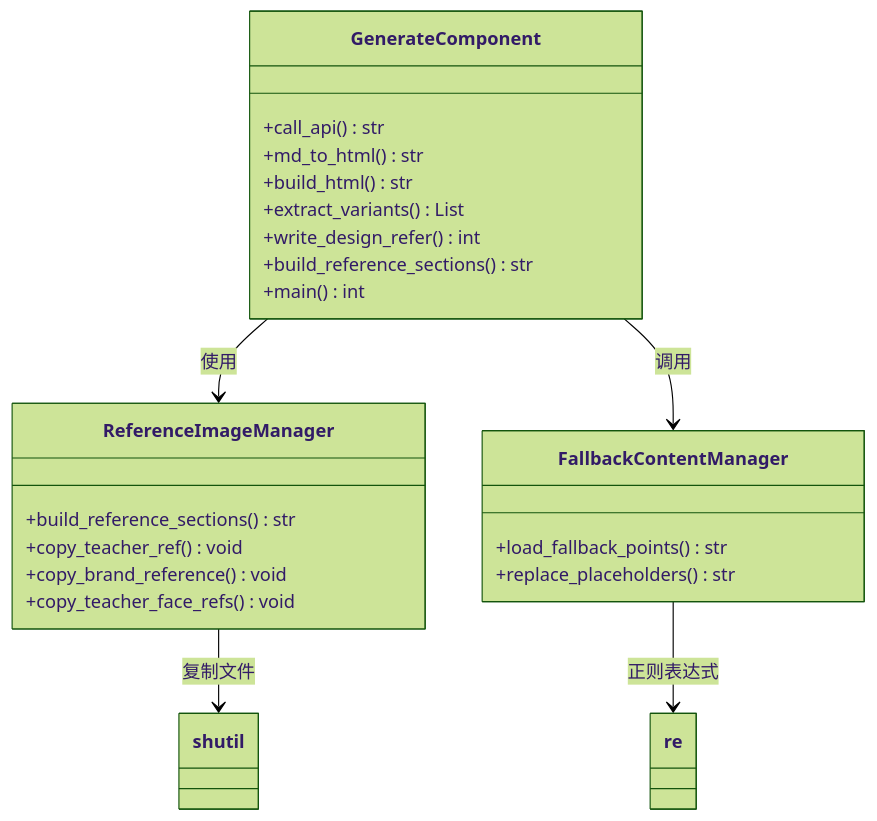
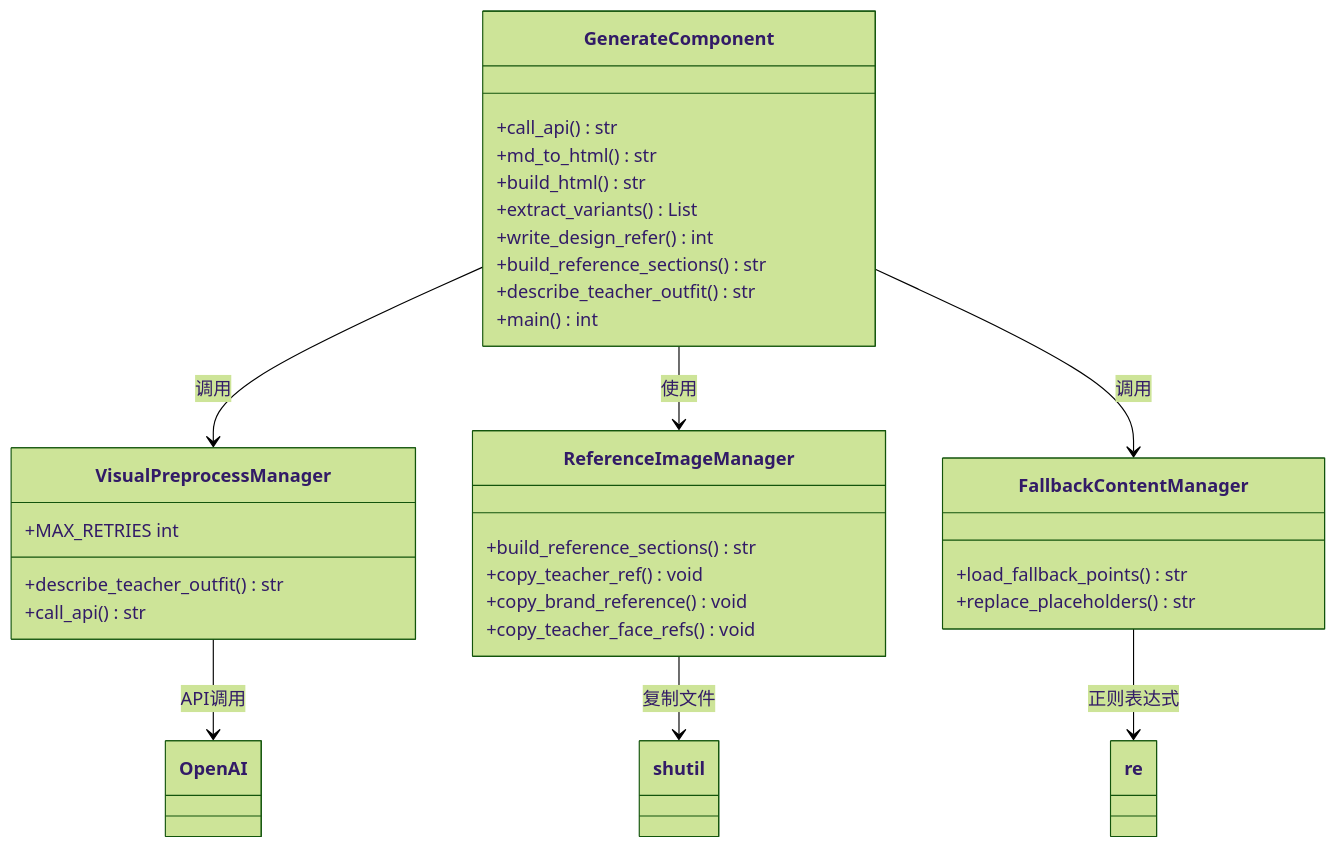
Before and after one commit to WongMingJiu/landingpage-test-hero-page: the fourth of 18 diagrams in .qoder/repowiki/zh/content/配置和定制/配置和定制.md, drawn with Mermaid (forest theme). The commit also changed other lines of this file and 7 other files, not shown here.

````diff
--- a/.qoder/repowiki/zh/content/配置和定制/配置和定制.md
+++ b/.qoder/repowiki/zh/content/配置和定制/配置和定制.md
@@ -205,26 +214,34 @@
 ```mermaid
 classDiagram
 class GenerateComponent {
 +call_api() str
 +md_to_html() str
 +build_html() str
 +extract_variants() List
 +write_design_refer() int
 +build_reference_sections() str
++describe_teacher_outfit() str
 +main() int
+}
+class VisualPreprocessManager {
++describe_teacher_outfit() str
++call_api() str
++MAX_RETRIES int
 }
 class ReferenceImageManager {
 +build_reference_sections() str
 +copy_teacher_ref() void
 +copy_brand_reference() void
 +copy_teacher_face_refs() void
 }
 class FallbackContentManager {
 +load_fallback_points() str
 +replace_placeholders() str
 }
+GenerateComponent --> VisualPreprocessManager : 调用
 GenerateComponent --> ReferenceImageManager : 使用
 GenerateComponent --> FallbackContentManager : 调用
+VisualPreprocessManager --> OpenAI : API调用
 ReferenceImageManager --> shutil : 复制文件
 FallbackContentManager --> re : 正则表达式
 ```
````
